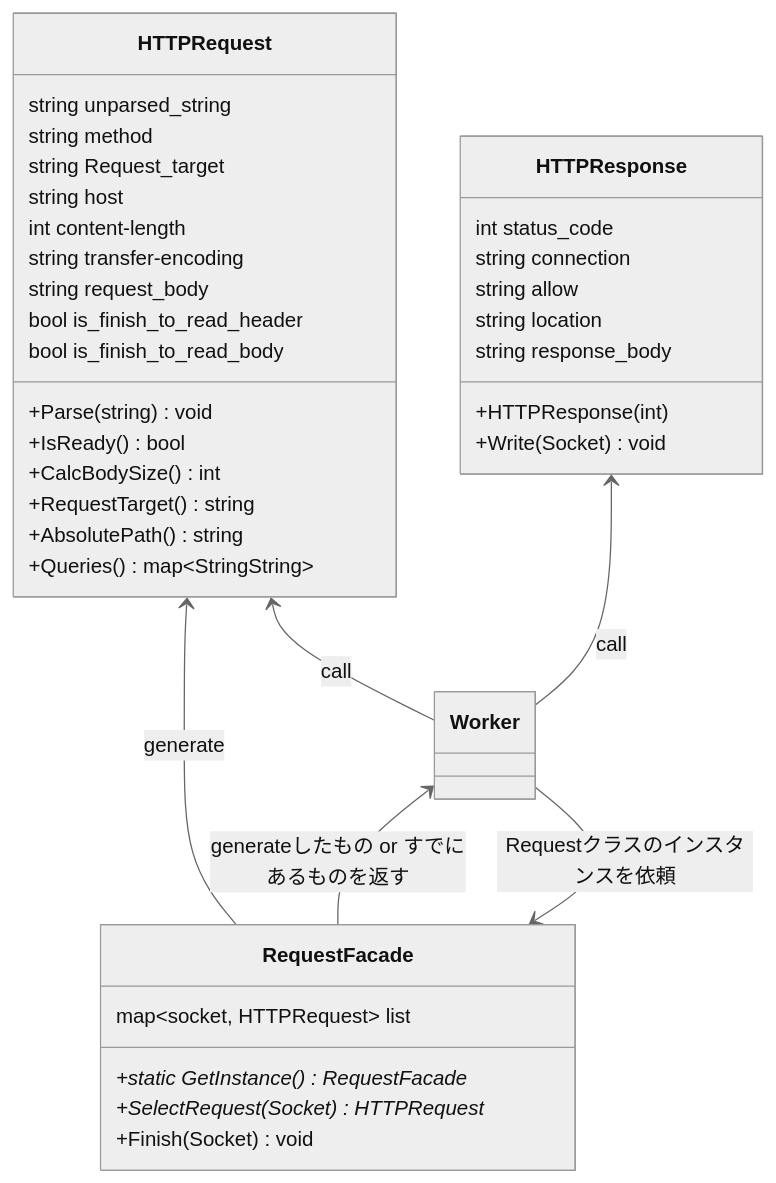
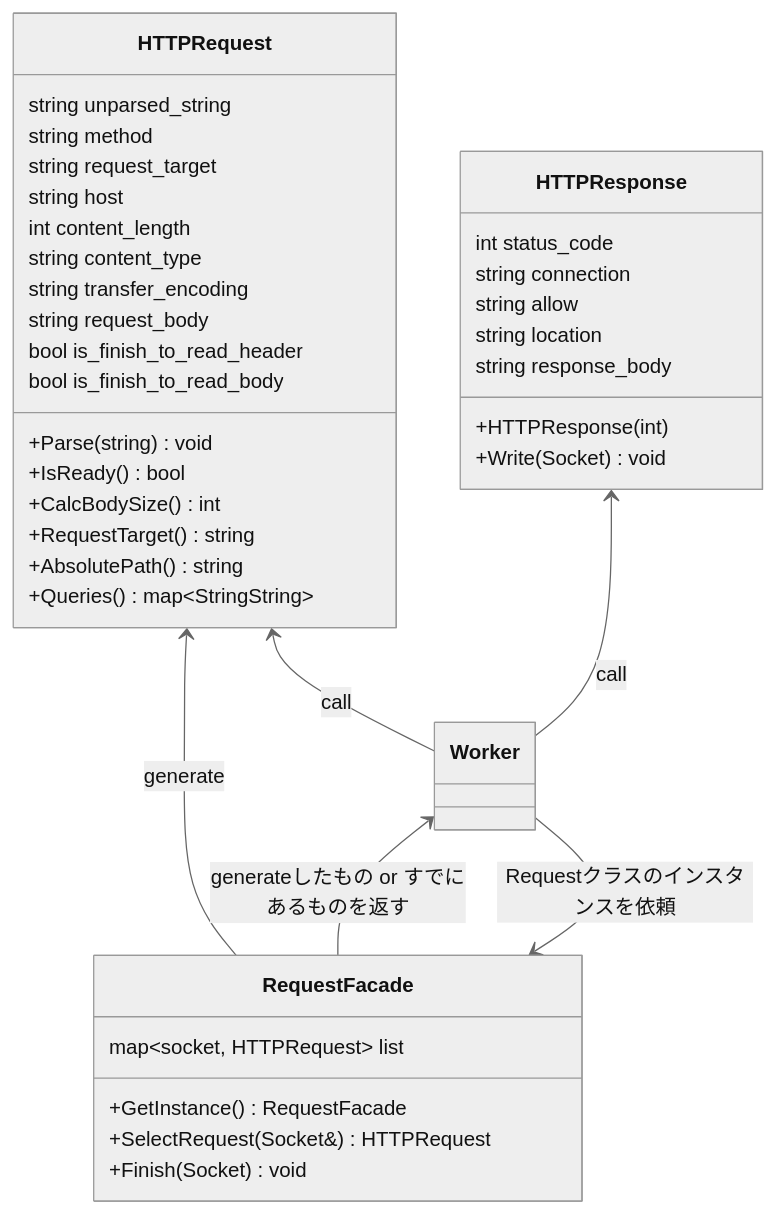
One commit to katataku/webserv changed the diagram in docs/class/http_class.md. Above: the diagram before and after it, drawn with Mermaid (neutral theme). The commit also changed 1 other file, not shown here.

Commit message:
fix: クラス図の反映
返り値のポインタなどはmermaidでは表示がうまくいかなさそう

````diff
--- a/docs/class/http_class.md
+++ b/docs/class/http_class.md
@@ -1,50 +1,51 @@
 ```mermaid
 classDiagram
    class RequestFacade{
         map~socket, HTTPRequest~ list
-        +static GetInstance() RequestFacade *
-        +SelectRequest(Socket) HTTPRequest*
+        +GetInstance() RequestFacade
+        +SelectRequest(Socket&) HTTPRequest
         +Finish(Socket) void
     }
 
     %% TODO: CalcBodySize()の詳細を詰める && nginxのmax_body_sizeも確認 %%
     class HTTPRequest{
         string unparsed_string
         string method
-        string Request_target
+        string request_target
         string host
-        int content-length
-        string transfer-encoding
+        int content_length
+        string content_type
+        string transfer_encoding
         string request_body
         bool is_finish_to_read_header
         bool is_finish_to_read_body
         
         +Parse(string) void
         +IsReady() bool
         +CalcBodySize() int
         +RequestTarget() string
         +AbsolutePath() string
         +Queries() map~StringString~
     }
 
     class HTTPResponse{
         int status_code
         string connection
         string allow
         string location
         string response_body
 
         +HTTPResponse(int)
         +Write(Socket) void
     }
 
 
 HTTPRequest <-- RequestFacade : generate
 
 Worker <-- RequestFacade : generateしたもの or すでにあるものを返す
 Worker --> RequestFacade : Requestクラスのインスタンスを依頼
 
 
 HTTPRequest  <--  Worker :call
 HTTPResponse  <--  Worker :call
 ```
````
